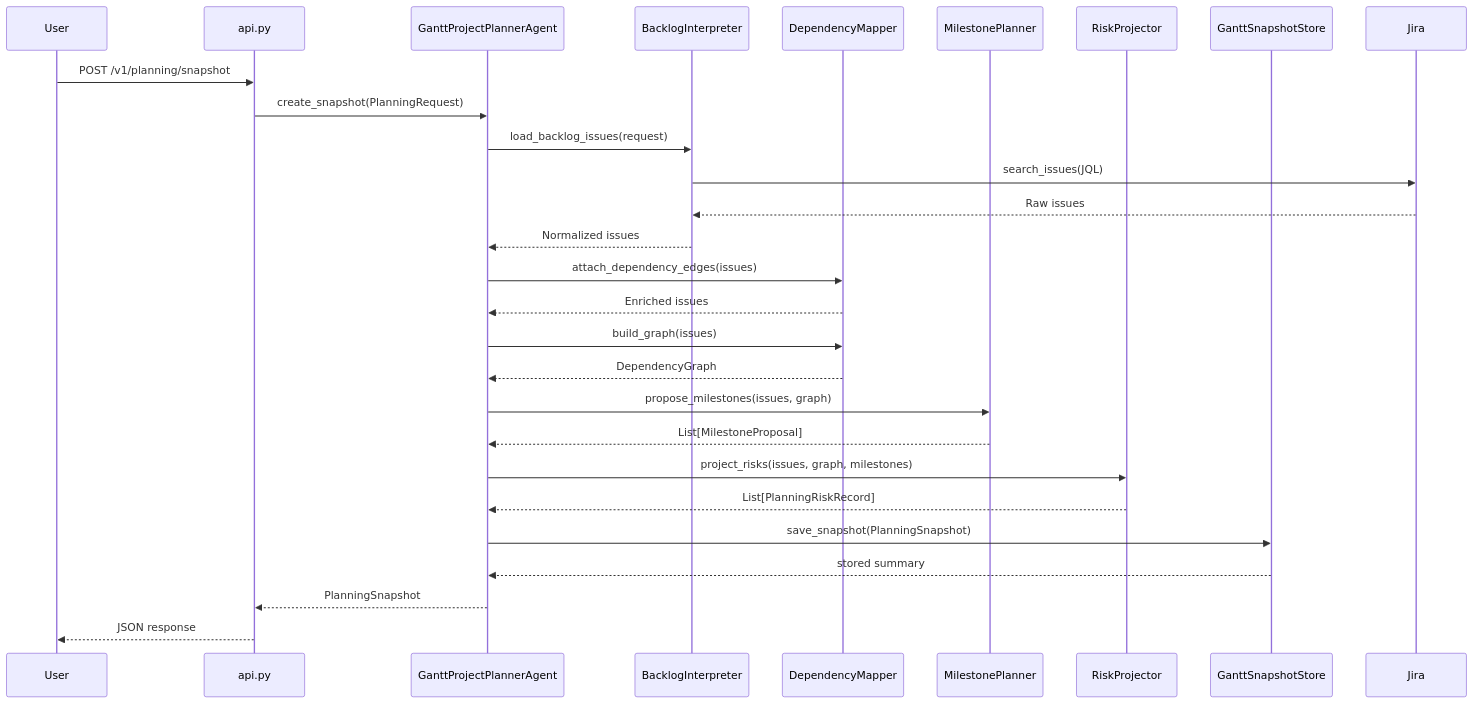
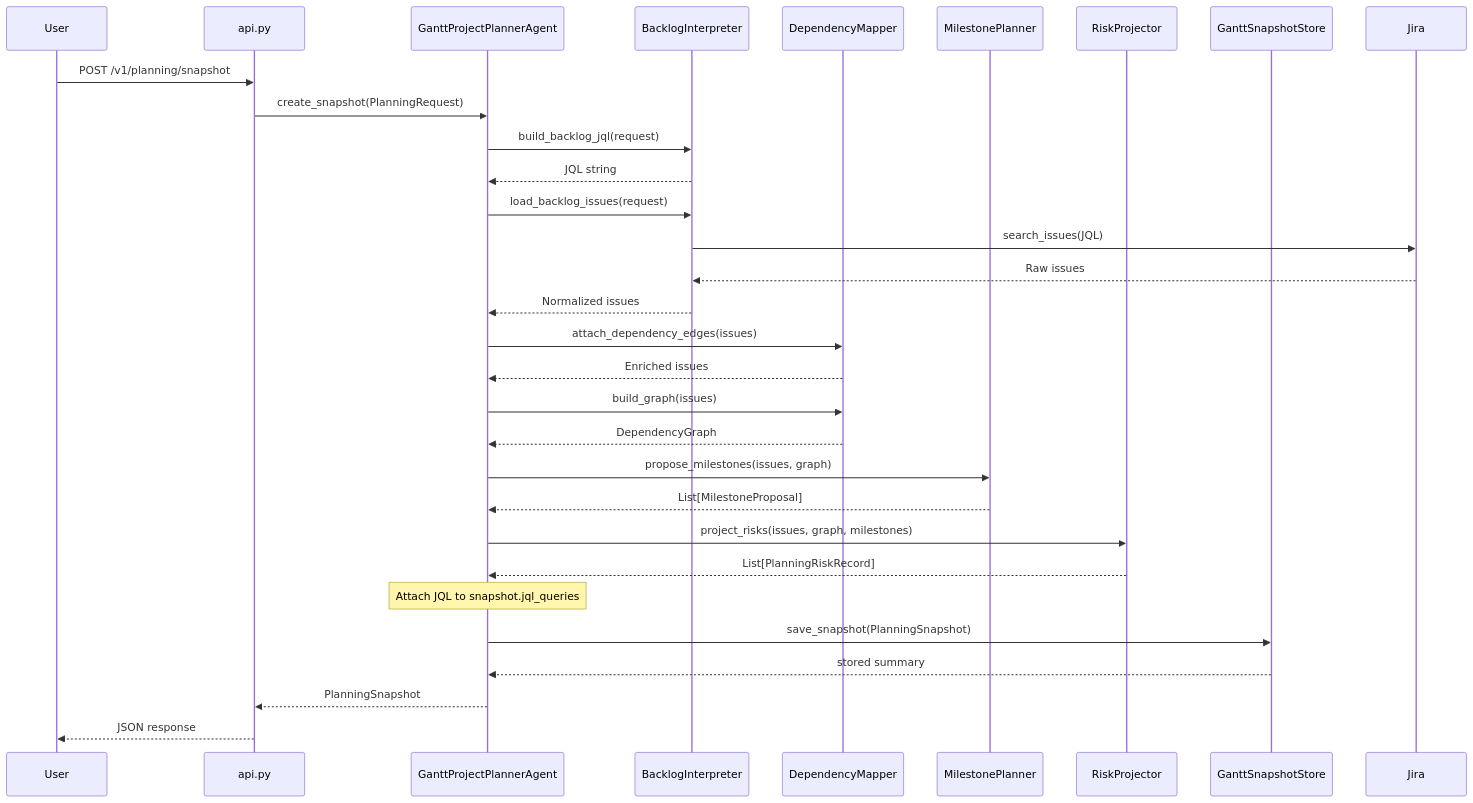
The second of 4 diagrams in agents/gantt/docs/as-built.md (jmac-cornelis/agent-workforce), drawn with Mermaid before and after one commit. The commit also changed other lines of this file and 4 other files, not shown here.

````diff
--- a/agents/gantt/docs/as-built.md
+++ b/agents/gantt/docs/as-built.md
@@ -62,31 +65,34 @@
 ```mermaid
 sequenceDiagram
     participant User
     participant API as api.py
     participant Agent as GanttProjectPlannerAgent
     participant BI as BacklogInterpreter
     participant DM as DependencyMapper
     participant MP as MilestonePlanner
     participant RP as RiskProjector
     participant Store as GanttSnapshotStore
     participant Jira
 
     User->>API: POST /v1/planning/snapshot
     API->>Agent: create_snapshot(PlanningRequest)
+    Agent->>BI: build_backlog_jql(request)
+    BI-->>Agent: JQL string
     Agent->>BI: load_backlog_issues(request)
     BI->>Jira: search_issues(JQL)
     Jira-->>BI: Raw issues
     BI-->>Agent: Normalized issues
     Agent->>DM: attach_dependency_edges(issues)
     DM-->>Agent: Enriched issues
     Agent->>DM: build_graph(issues)
     DM-->>Agent: DependencyGraph
     Agent->>MP: propose_milestones(issues, graph)
     MP-->>Agent: List[MilestoneProposal]
     Agent->>RP: project_risks(issues, graph, milestones)
     RP-->>Agent: List[PlanningRiskRecord]
+    Note over Agent: Attach JQL to snapshot.jql_queries
     Agent->>Store: save_snapshot(PlanningSnapshot)
     Store-->>Agent: stored summary
     Agent-->>API: PlanningSnapshot
     API-->>User: JSON response
 ```
````
